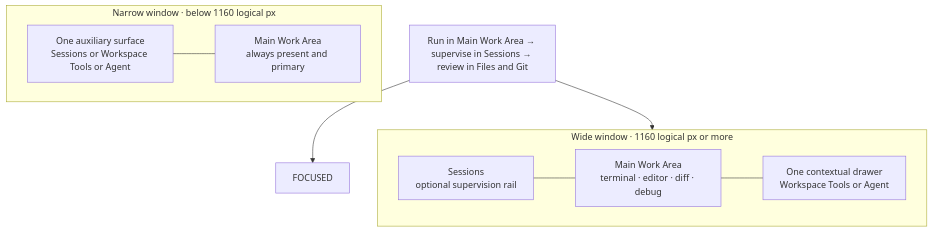
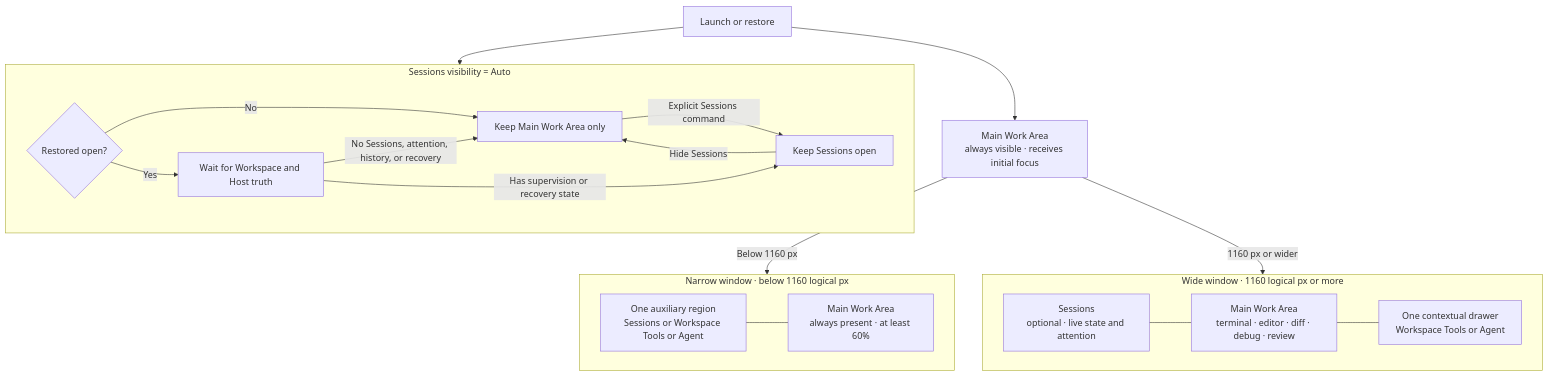
The diagram in docs/src/development/dez/fork-notes.md (Oreoro/dez), drawn with Mermaid before and after one commit. The commit also changed other lines of this file and 8 other files, not shown here.

Commit message:
Make restored Sessions visibility genuinely automatic

````diff
--- a/docs/src/development/dez/fork-notes.md
+++ b/docs/src/development/dez/fork-notes.md
@@ -74,22 +74,38 @@
 ```mermaid
 flowchart TB
-    LOOP["Run in Main Work Area → supervise in Sessions → review in Files and Git"]
+    START["Launch or restore"] --> PRIMARY["Main Work Area<br/>always visible · receives initial focus"]
 
     subgraph WIDE["Wide window · 1160 logical px or more"]
         direction LR
-        WS["Sessions<br/>optional supervision rail"]
-        WM["Main Work Area<br/>terminal · editor · diff · debug"]
+        WS["Sessions<br/>optional · live state and attention"]
+        WM["Main Work Area<br/>terminal · editor · diff · debug · review"]
         WD["One contextual drawer<br/>Workspace Tools or Agent"]
         WS --- WM --- WD
     end
 
     subgraph NARROW["Narrow window · below 1160 logical px"]
         direction LR
-        FA["One auxiliary surface<br/>Sessions or Workspace Tools or Agent"]
-        FM["Main Work Area<br/>always present and primary"]
+        FA["One auxiliary region<br/>Sessions or Workspace Tools or Agent"]
+        FM["Main Work Area<br/>always present · at least 60%"]
         FA --- FM
     end
 
-    LOOP --> WIDE
-    LOOP --> FOCUSED
+    PRIMARY -->|1160 px or wider| WM
+    PRIMARY -->|Below 1160 px| FM
+
+    subgraph AUTO["Sessions visibility = Auto"]
+        direction LR
+        RESTORED{"Restored open?"}
+        WAIT["Wait for Workspace and Host truth"]
+        CLOSED["Keep Main Work Area only"]
+        OPEN["Keep Sessions open"]
+        RESTORED -->|No| CLOSED
+        RESTORED -->|Yes| WAIT
+        WAIT -->|No Sessions, attention, history, or recovery| CLOSED
+        WAIT -->|Has supervision or recovery state| OPEN
+        CLOSED -->|Explicit Sessions command| OPEN
+        OPEN -->|Hide Sessions| CLOSED
+    end
+
+    START --> RESTORED
 ```
````
